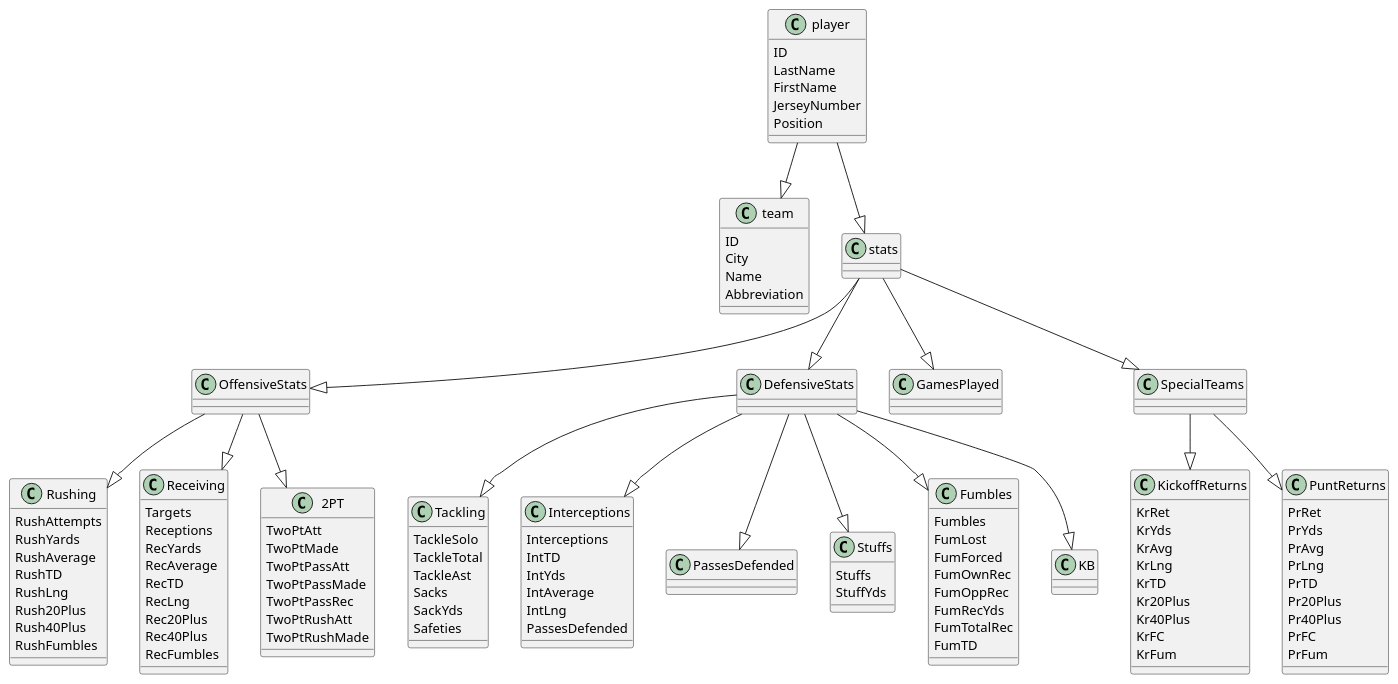
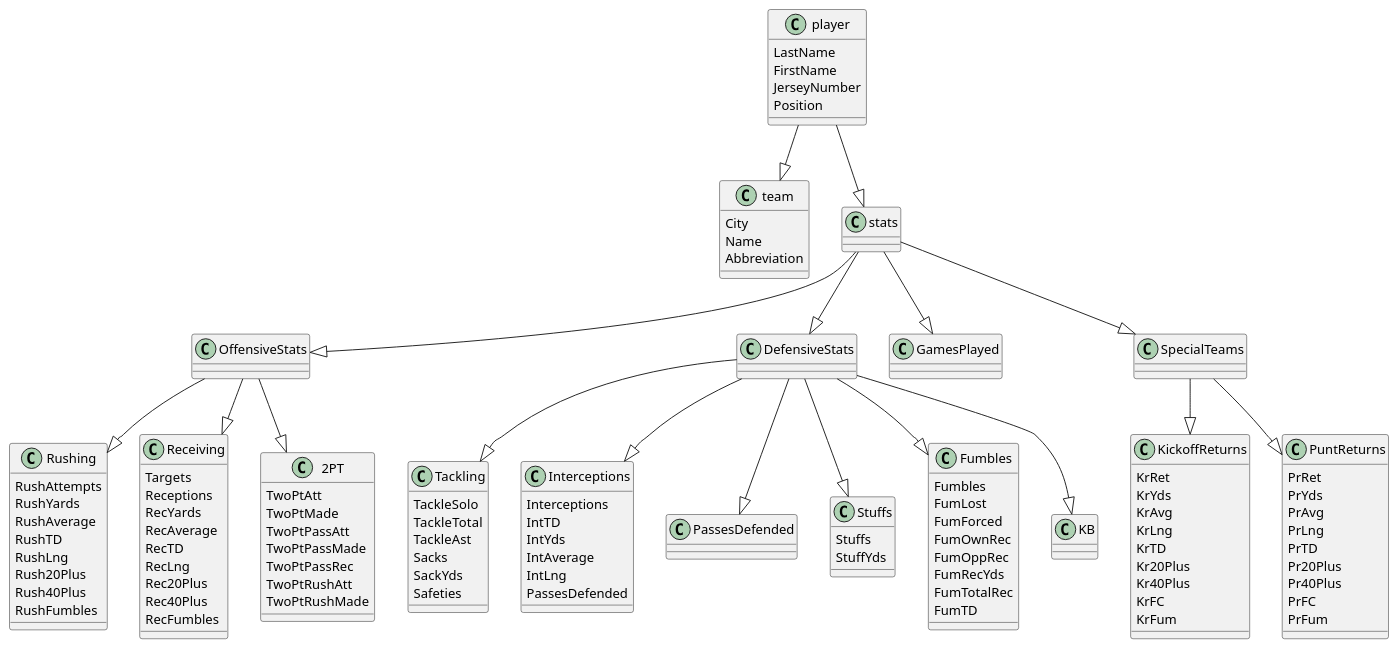
One commit to aarce104/SportsAnalyticsSoftware changed the diagram in src/main/RB_WR_TE_FB_stats.puml. Above: the diagram before and after it, drawn with PlantUML. The commit also changed 3 other files, not shown here.

```diff
--- a/src/main/RB_WR_TE_FB_stats.puml
+++ b/src/main/RB_WR_TE_FB_stats.puml
@@ -1,136 +1,134 @@
 @startuml
 class player
 class team
 class stats
 class OffensiveStats
 class DefensiveStats
 
 
 player --|> team
 player --|> stats
 stats --|> GamesPlayed
 stats --|> OffensiveStats
 stats --|> DefensiveStats
 stats --|> SpecialTeams
 OffensiveStats --|> Rushing
 OffensiveStats --|> Receiving
 OffensiveStats --|> 2PT
 DefensiveStats --|> Tackling
 DefensiveStats --|> Interceptions
 DefensiveStats --|> PassesDefended
 DefensiveStats --|> Stuffs
 DefensiveStats --|> Fumbles
 DefensiveStats --|> KB
 SpecialTeams --|> KickoffReturns
 SpecialTeams --|> PuntReturns
 
 class player {
-ID
 LastName
 FirstName
 JerseyNumber
 Position
 }
 
 class team {
-ID
 City
 Name
 Abbreviation
 }
 
 class Receiving {
 Targets
 Receptions
 RecYards
 RecAverage
 RecTD
 RecLng
 Rec20Plus
 Rec40Plus
 RecFumbles
 }
 
 class Rushing {
 RushAttempts
 RushYards
 RushAverage
 RushTD
 RushLng
 Rush20Plus
 Rush40Plus
 RushFumbles
 }
 
 class Tackling {
 TackleSolo
 TackleTotal
 TackleAst
 Sacks
 SackYds
 Safeties
 }
 
 class Interceptions {
 Interceptions
 IntTD
 IntYds
 IntAverage
 IntLng
 PassesDefended
 }
 
 class Fumbles {
 Fumbles
 FumLost
 FumForced
 FumOwnRec
 FumOppRec
 FumRecYds
 FumTotalRec
 FumTD
 }
 
 class SpecialTeams {
 
 }
 
 class KickoffReturns {
 KrRet
 KrYds
 KrAvg
 KrLng
 KrTD
 Kr20Plus
 Kr40Plus
 KrFC
 KrFum
 }
 
 class PuntReturns {
 PrRet
 PrYds
 PrAvg
 PrLng
 PrTD
 Pr20Plus
 Pr40Plus
 PrFC
 PrFum
 }
 
 class Stuffs {
 Stuffs
 StuffYds
 }
 
 class 2PT {
 TwoPtAtt
 TwoPtMade
 TwoPtPassAtt
 TwoPtPassMade
 TwoPtPassRec
 TwoPtRushAtt
 TwoPtRushMade
 }
 @enduml
```
